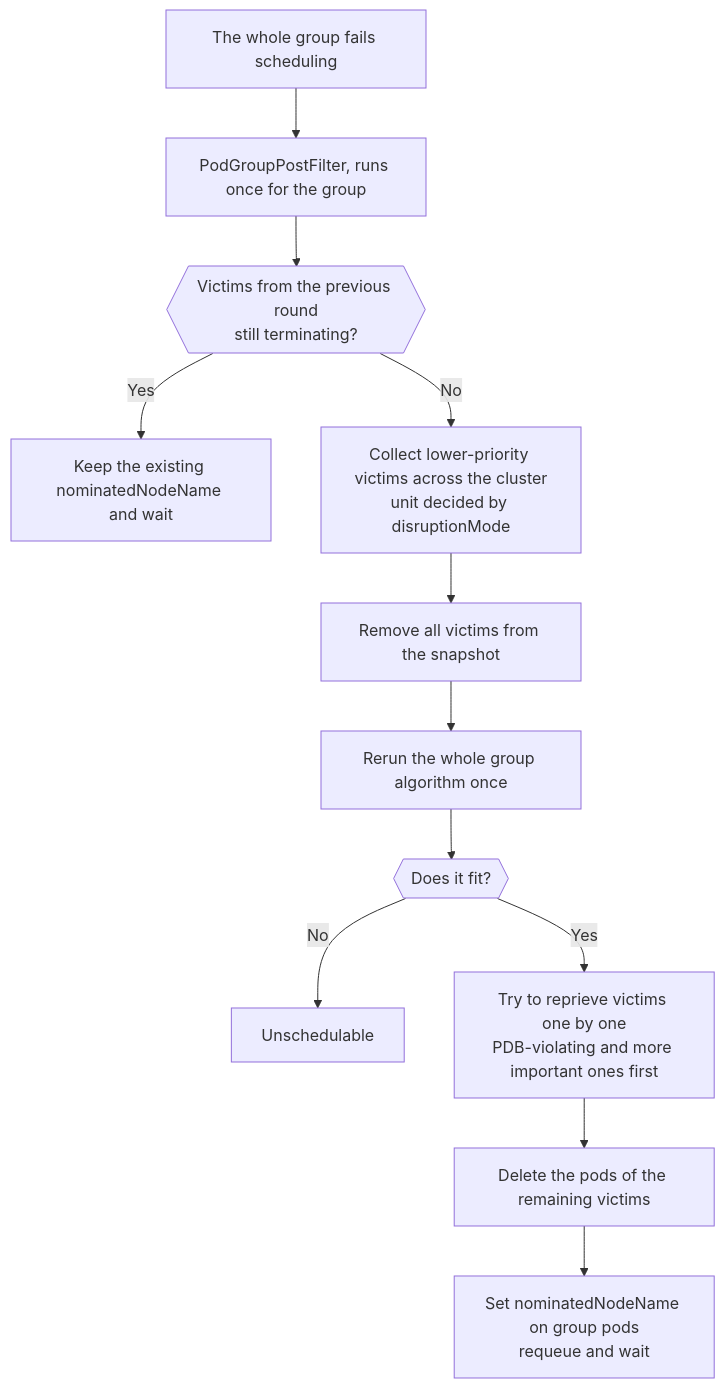
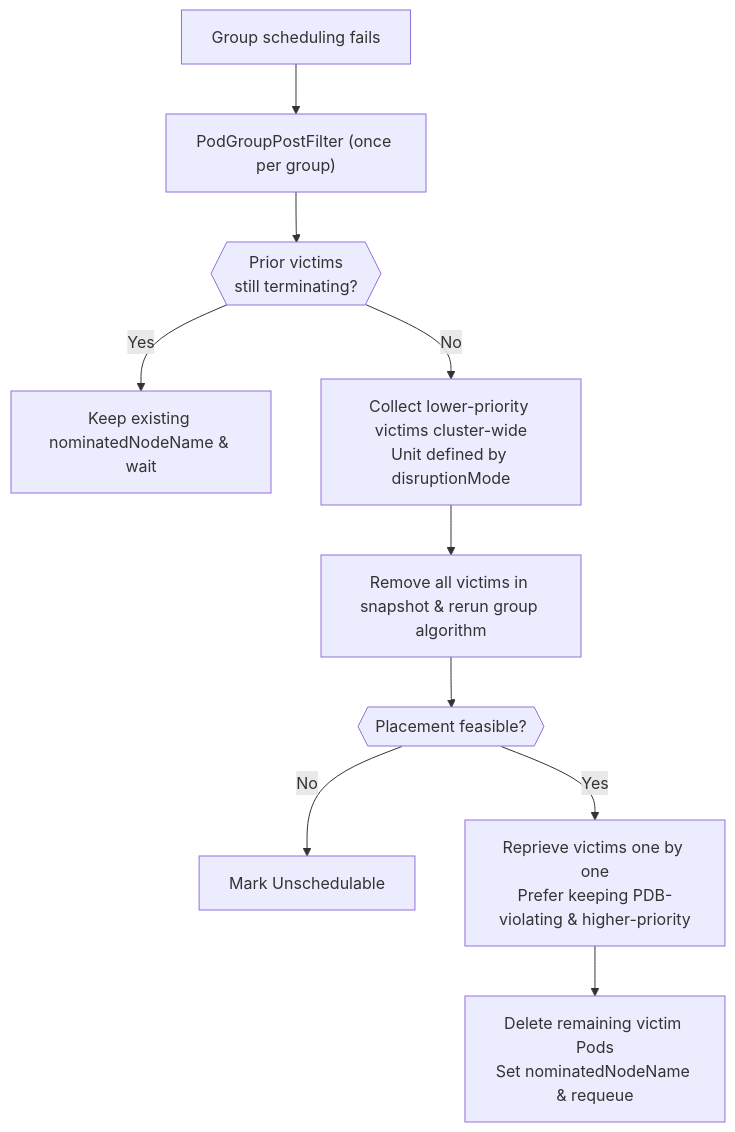
Diagram 11 of 15 in docs/research/k8s-workload-aware-scheduling-vs-volcano.md (JesseStutler/volcano), drawn with Mermaid before and after one commit. The commit also changed other lines of this file and 1 other file, not shown here.

First line of the commit message:
docs: improve readability of upstream PodGroup vs Volcano report

````diff
--- a/docs/research/k8s-workload-aware-scheduling-vs-volcano.md
+++ b/docs/research/k8s-workload-aware-scheduling-vs-volcano.md
@@ -567,14 +488,12 @@
 ```mermaid
 flowchart TD
-    A["The whole group fails scheduling"] --> B["PodGroupPostFilter, runs once for the group"]
-    B --> C{{"Victims from the previous round<br/>still terminating?"}}
-    C -- Yes --> D["Keep the existing nominatedNodeName and wait"]
-    C -- No --> E["Collect lower-priority victims across the cluster<br/>unit decided by disruptionMode"]
-    E --> F["Remove all victims from the snapshot"]
-    F --> G["Rerun the whole group algorithm once"]
-    G --> H{{"Does it fit?"}}
-    H -- No --> I["Unschedulable"]
-    H -- Yes --> J["Try to reprieve victims one by one<br/>PDB-violating and more important ones first"]
-    J --> K["Delete the pods of the remaining victims"]
-    K --> L["Set nominatedNodeName on group pods<br/>requeue and wait"]
+    A["Group scheduling fails"] --> B["PodGroupPostFilter (once per group)"]
+    B --> C{{"Prior victims<br/>still terminating?"}}
+    C -- Yes --> D["Keep existing nominatedNodeName & wait"]
+    C -- No --> E["Collect lower-priority victims cluster-wide<br/>Unit defined by disruptionMode"]
+    E --> F["Remove all victims in snapshot & rerun group algorithm"]
+    F --> G{{"Placement feasible?"}}
+    G -- No --> H["Mark Unschedulable"]
+    G -- Yes --> I["Reprieve victims one by one<br/>Prefer keeping PDB-violating & higher-priority"]
+    I --> J["Delete remaining victim Pods<br/>Set nominatedNodeName & requeue"]
 ```
````
